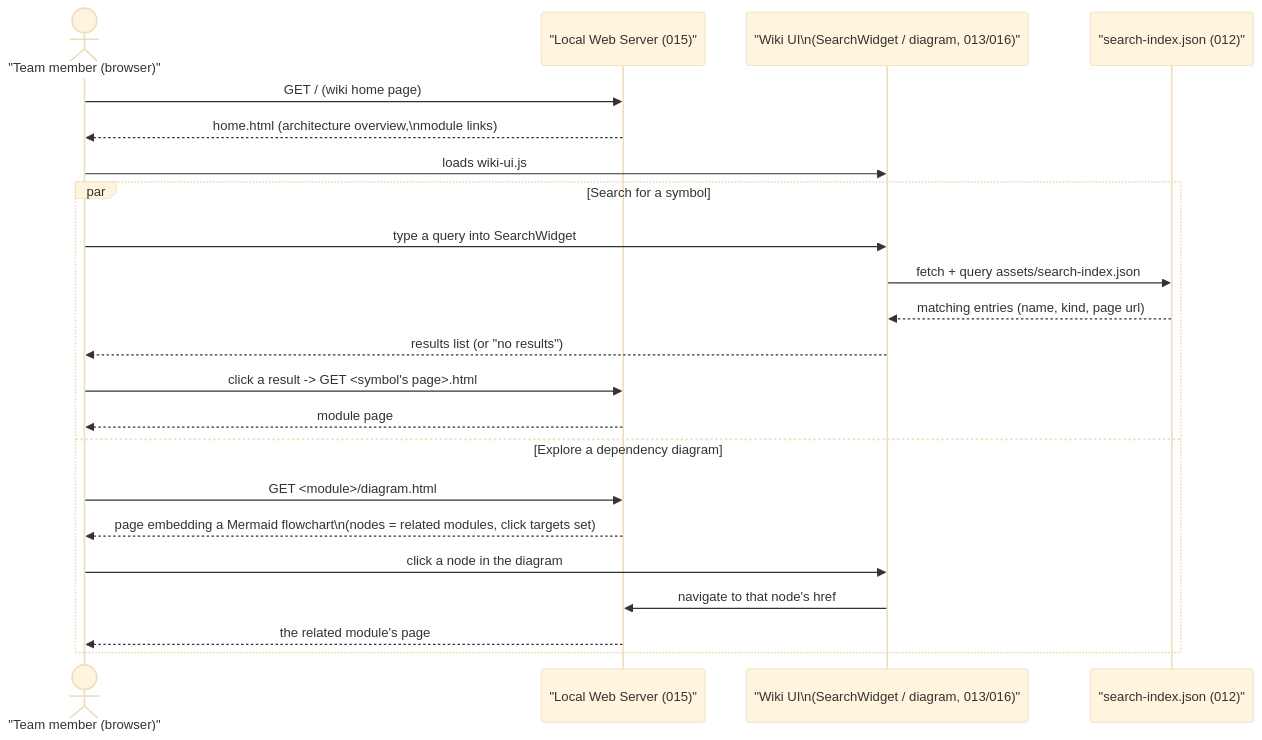
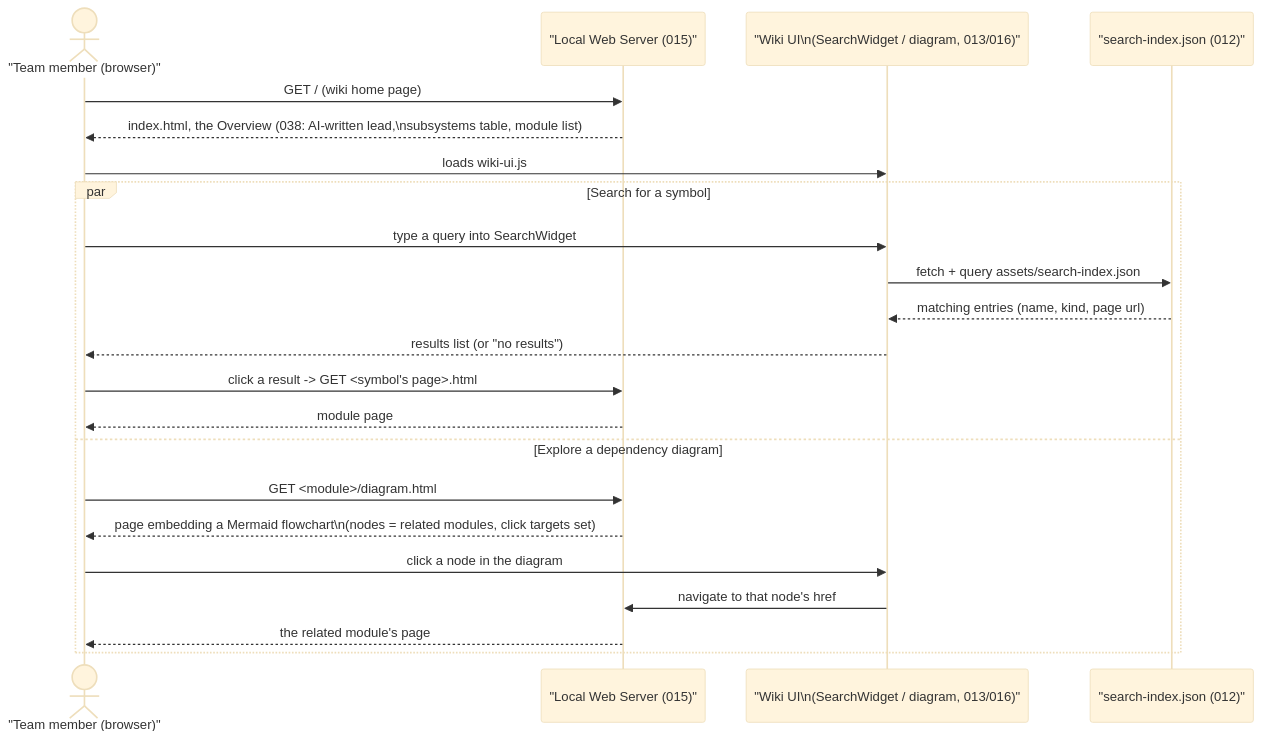
One commit to yassinelalaoui/codepedia changed the diagram in docs/diagrams/sequence-diagrams/04-wiki-browsing.md. Above: the diagram before and after it, drawn with Mermaid (base theme). The commit also changed other lines of this file and 28 other files, not shown here.

First line of the commit message:
Implement narrative overview enhancements and module list improvements

````diff
--- a/docs/diagrams/sequence-diagrams/04-wiki-browsing.md
+++ b/docs/diagrams/sequence-diagrams/04-wiki-browsing.md
@@ -8,26 +8,26 @@
 ```mermaid
 sequenceDiagram
     actor Reader as "Team member (browser)"
     participant Server as "Local Web Server (015)"
     participant WikiUI as "Wiki UI\n(SearchWidget / diagram, 013/016)"
     participant SearchIndex as "search-index.json (012)"
 
     Reader->>Server: GET / (wiki home page)
-    Server-->>Reader: home.html (architecture overview,\nmodule links)
+    Server-->>Reader: index.html, the Overview (038: AI-written lead,\nsubsystems table, module list)
     Reader->>WikiUI: loads wiki-ui.js
 
     par Search for a symbol
         Reader->>WikiUI: type a query into SearchWidget
         WikiUI->>SearchIndex: fetch + query assets/search-index.json
         SearchIndex-->>WikiUI: matching entries (name, kind, page url)
         WikiUI-->>Reader: results list (or "no results")
         Reader->>Server: click a result -> GET <symbol's page>.html
         Server-->>Reader: module page
     and Explore a dependency diagram
         Reader->>Server: GET <module>/diagram.html
         Server-->>Reader: page embedding a Mermaid flowchart\n(nodes = related modules, click targets set)
         Reader->>WikiUI: click a node in the diagram
         WikiUI->>Server: navigate to that node's href
         Server-->>Reader: the related module's page
     end
 ```
````
